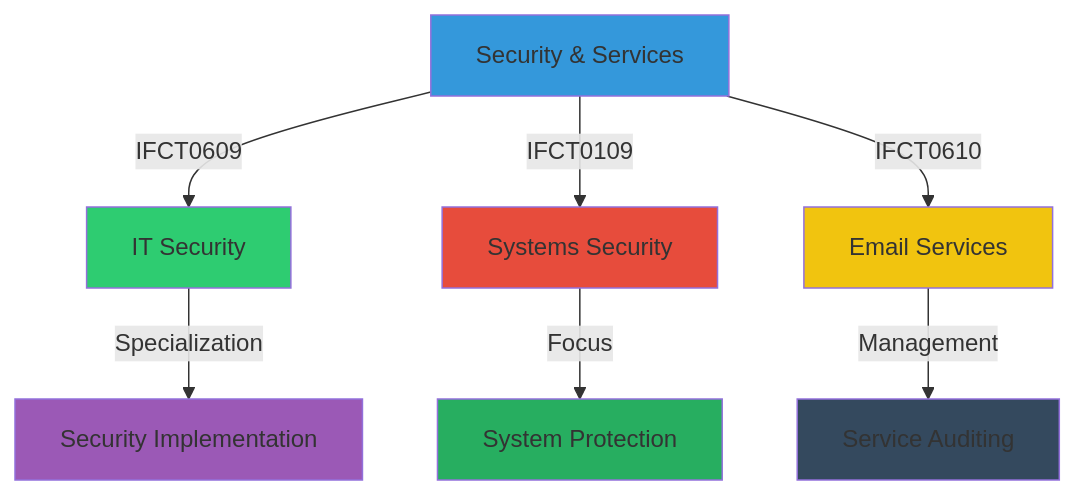
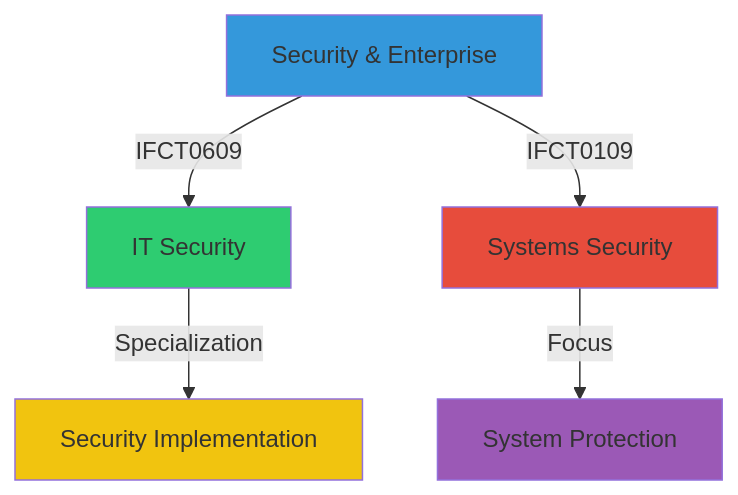
One commit to cescanue/cescanue changed the seventh of 13 diagrams in README.md. Above: the diagram before and after it, drawn with Mermaid. The commit also changed other lines of this file, not shown here.

````diff
--- a/README.md
+++ b/README.md
@@ -246,16 +251,12 @@
 ```mermaid
 graph TB
-    A[Security & Services] -->|IFCT0609| B[IT Security]
+    A[Security & Enterprise] -->|IFCT0609| B[IT Security]
     A -->|IFCT0109| C[Systems Security]
-    A -->|IFCT0610| D[Email Services]
-    B -->|Specialization| E[Security Implementation]
-    C -->|Focus| F[System Protection]
-    D -->|Management| G[Service Auditing]
+    B -->|Specialization| D[Security Implementation]
+    C -->|Focus| E[System Protection]
     style A fill:#3498db
     style B fill:#2ecc71
     style C fill:#e74c3c
     style D fill:#f1c40f
     style E fill:#9b59b6
-    style F fill:#27ae60
-    style G fill:#34495e
 ```
````
